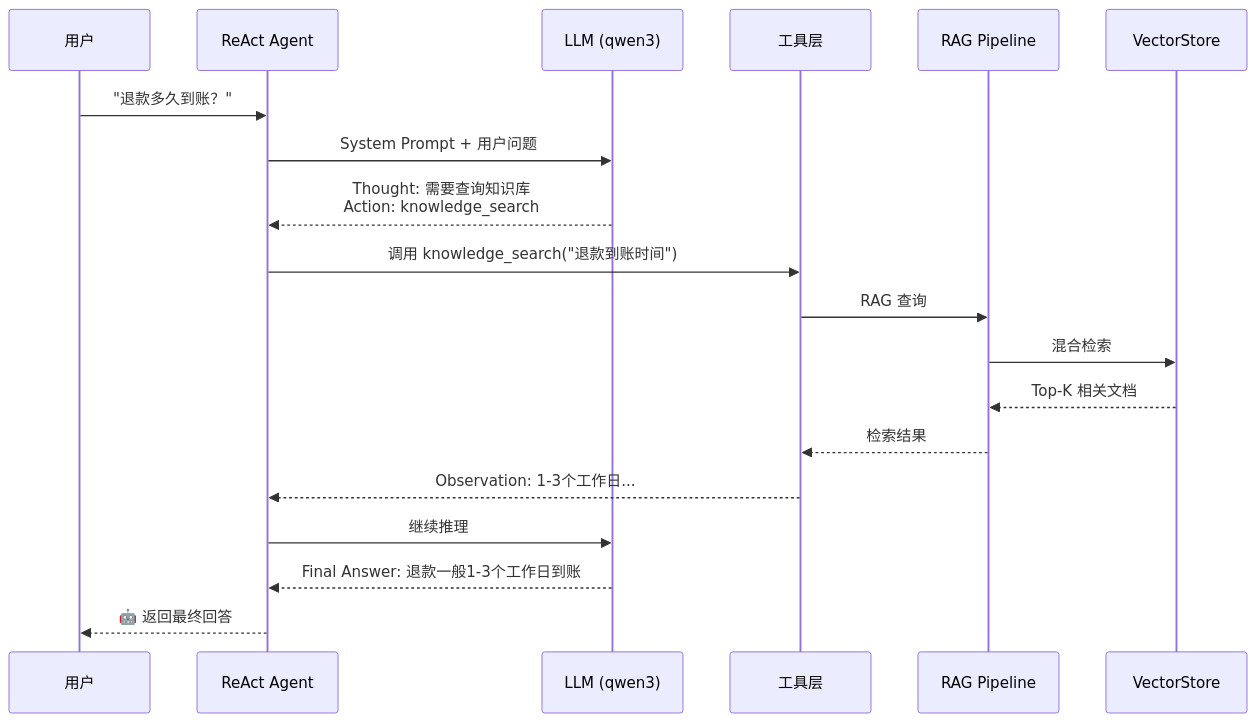
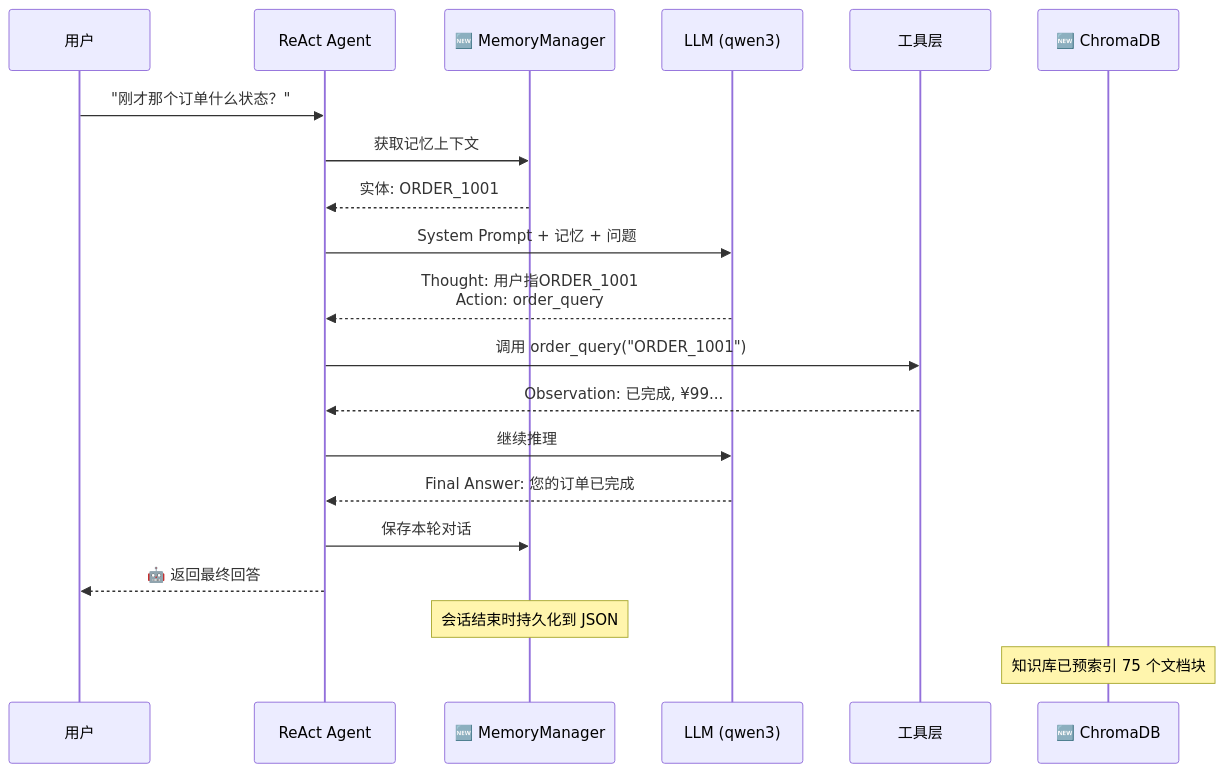
Before and after one commit to Akarin-Akari/wePayAgent-Demo: the second of 2 diagrams in README.md, drawn with Mermaid. The commit also changed other lines of this file, not shown here.

First line of the commit message:
docs: 更新README架构图和数据流图

````diff
--- a/README.md
+++ b/README.md
@@ -228,22 +248,24 @@
 ```mermaid
 sequenceDiagram
     participant U as 用户
     participant A as ReAct Agent
+    participant M as 🆕 MemoryManager
     participant L as LLM (qwen3)
     participant T as 工具层
-    participant R as RAG Pipeline
-    participant V as VectorStore
+    participant C as 🆕 ChromaDB
 
-    U->>A: "退款多久到账？"
-    A->>L: System Prompt + 用户问题
-    L-->>A: Thought: 需要查询知识库<br/>Action: knowledge_search
-    A->>T: 调用 knowledge_search("退款到账时间")
-    T->>R: RAG 查询
-    R->>V: 混合检索
-    V-->>R: Top-K 相关文档
-    R-->>T: 检索结果
-    T-->>A: Observation: 1-3个工作日...
+    U->>A: "刚才那个订单什么状态？"
+    A->>M: 获取记忆上下文
+    M-->>A: 实体: ORDER_1001
+    A->>L: System Prompt + 记忆 + 问题
+    L-->>A: Thought: 用户指ORDER_1001<br/>Action: order_query
+    A->>T: 调用 order_query("ORDER_1001")
+    T-->>A: Observation: 已完成, ¥99...
     A->>L: 继续推理
-    L-->>A: Final Answer: 退款一般1-3个工作日到账
+    L-->>A: Final Answer: 您的订单已完成
+    A->>M: 保存本轮对话
     A-->>U: 🤖 返回最终回答
+
+    Note over M: 会话结束时持久化到 JSON
+    Note over C: 知识库已预索引 75 个文档块
 ```
````
